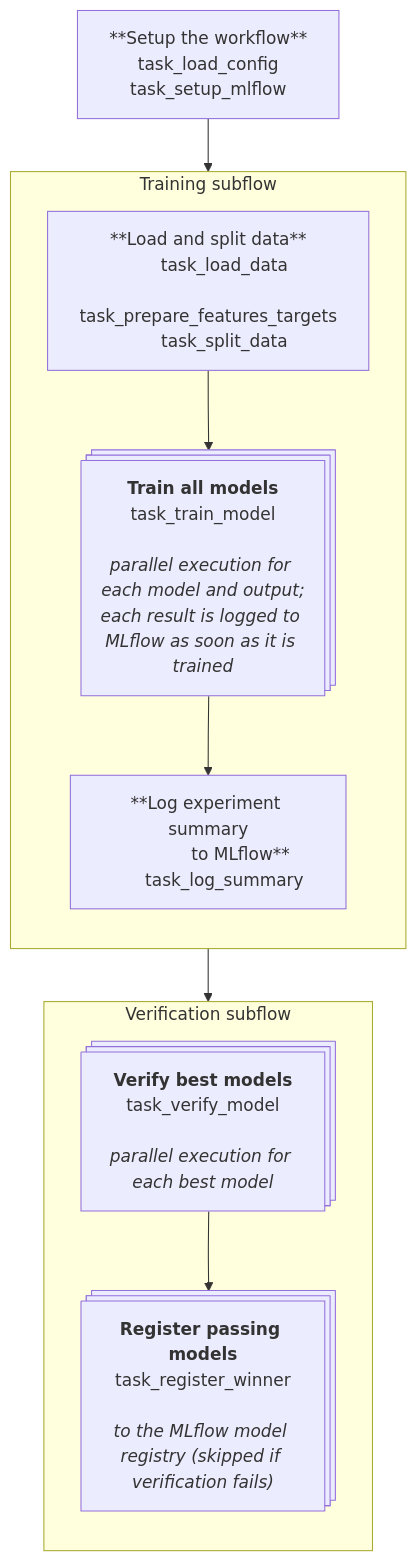
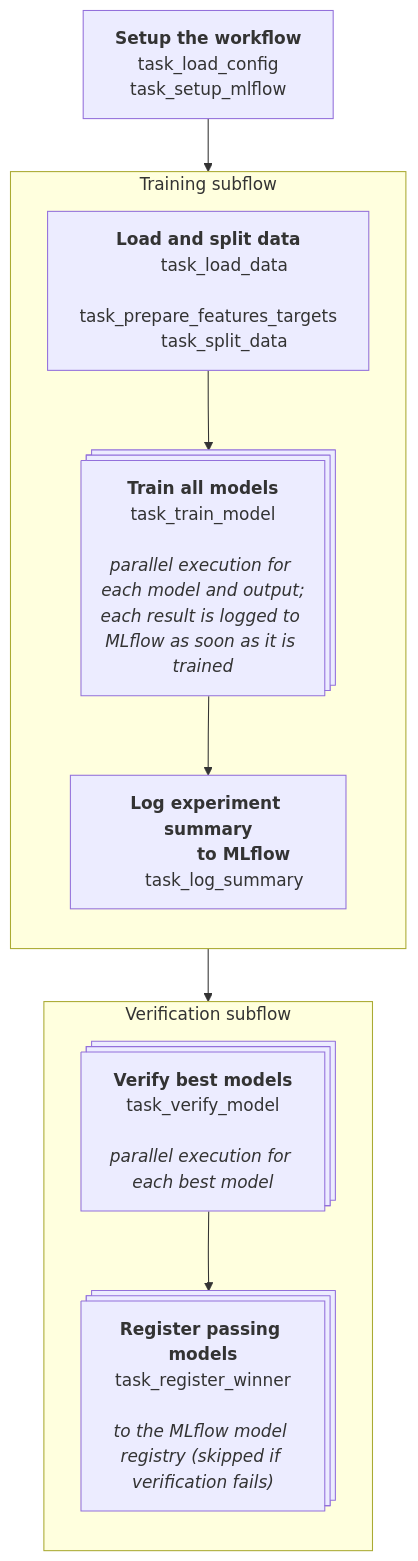
Before and after one commit to collab-uniba/BoneStrengthML-SF3_application: the second of 2 diagrams in docs/workflow-architecture.md, drawn with Mermaid.

Commit message:
Fix further MD rendering issues in mermeid flow diagram

````diff
--- a/docs/workflow-architecture.md
+++ b/docs/workflow-architecture.md
@@ -32,34 +32,34 @@
 ```mermaid
 flowchart TD
-    flow_setup["**Setup the workflow**"
+    flow_setup[<b>Setup the workflow</b>
       task_load_config
       task_setup_mlflow]
 
-    data_loading["**Load and split data**"
+    data_loading[<b>Load and split data</b>
       task_load_data
       task_prepare_features_targets
       task_split_data]
 
     model_training@{ shape: procs, label: "**Train all models**<br>task_train_model<br><br>*parallel execution for each model and output;<br>each result is logged to MLflow as soon as it is trained*" }
 
-    log_summary["**Log experiment summary
-            to MLflow**"
+    log_summary[<b>Log experiment summary
+            to MLflow</b>
       task_log_summary]
 
     verify_best_models@{ shape: procs, label: "**Verify best models**<br>task_verify_model<br><br>*parallel execution for each best model*" }
 
     register_winners@{ shape: procs, label: "**Register passing models**<br>task_register_winner<br><br>*to the MLflow model registry (skipped if verification fails)*" }
 
 
     flow_setup --> data_loading
     subgraph training_subflow [Training subflow]
         direction TB
         data_loading --> model_training
         model_training --> log_summary
     end
     subgraph verification_subflow [Verification subflow]
         direction TB
         log_summary --> verify_best_models
         verify_best_models --> register_winners
     end
 ```
````
